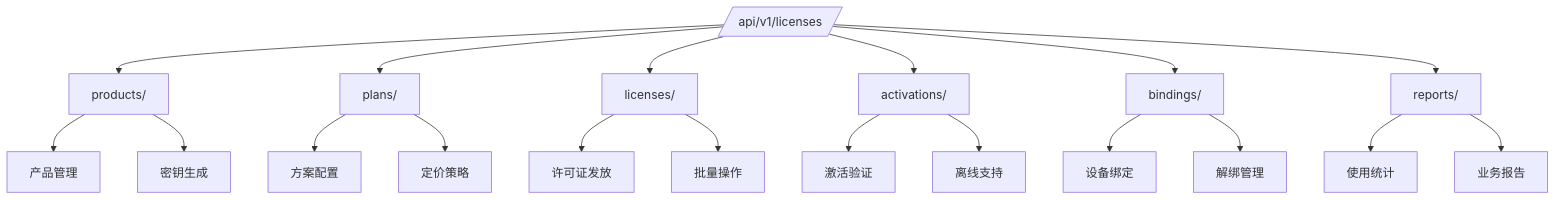
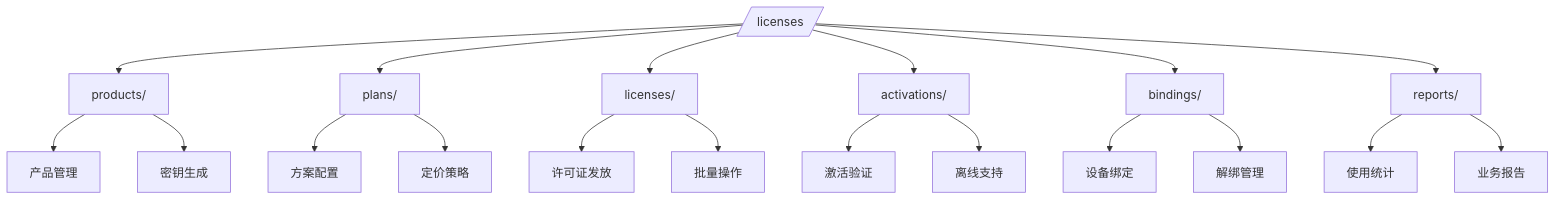
Before and after one commit to fx0883/lipeaks_admin: the diagram in licenses_doc/api_design.md, drawn with Mermaid. The commit also changed other lines of this file and 30 other files, not shown here.

````diff
--- a/licenses_doc/api_design.md
+++ b/licenses_doc/api_design.md
@@ -38,22 +38,22 @@
 ```mermaid
 graph TD
-    A[/api/v1/licenses/] --> B[products/]
+    A[/licenses/] --> B[products/]
     A --> C[plans/]
     A --> D[licenses/]
     A --> E[activations/]
     A --> F[bindings/]
     A --> G[reports/]
     
     B --> B1[产品管理]
     B --> B2[密钥生成]
     C --> C1[方案配置]
     C --> C2[定价策略]
     D --> D1[许可证发放]
     D --> D2[批量操作]
     E --> E1[激活验证]
     E --> E2[离线支持]
     F --> F1[设备绑定]
     F --> F2[解绑管理]
     G --> G1[使用统计]
     G --> G2[业务报告]
 ```
````
